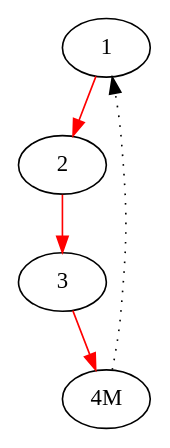
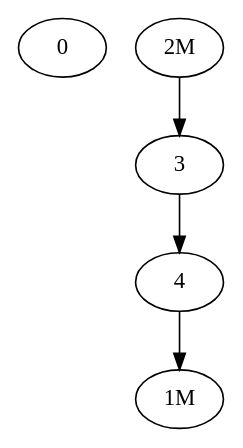
One commit to perpetualcoder/DistGC changed the diagram in DGC/testcase1-out/testcase1-out_gv10.gv. Above: the diagram before and after it, drawn with Graphviz. The commit also changed 39 other files, not shown here.

```diff
--- a/DGC/testcase1-out/testcase1-out_gv10.gv
+++ b/DGC/testcase1-out/testcase1-out_gv10.gv
@@ -1,12 +1,7 @@
 Digraph G {
-edge [color=red];
-1->2;
-edge [color=black];
-edge [color=red];
-2->3;
-edge [color=black];
-edge [color=red];
-3->"4M";
-edge [color=black];
-"4M"->1[style=dotted];
+0;
+"1M";
+"2M"->3;
+3->4;
+4->"1M";
 }
```
